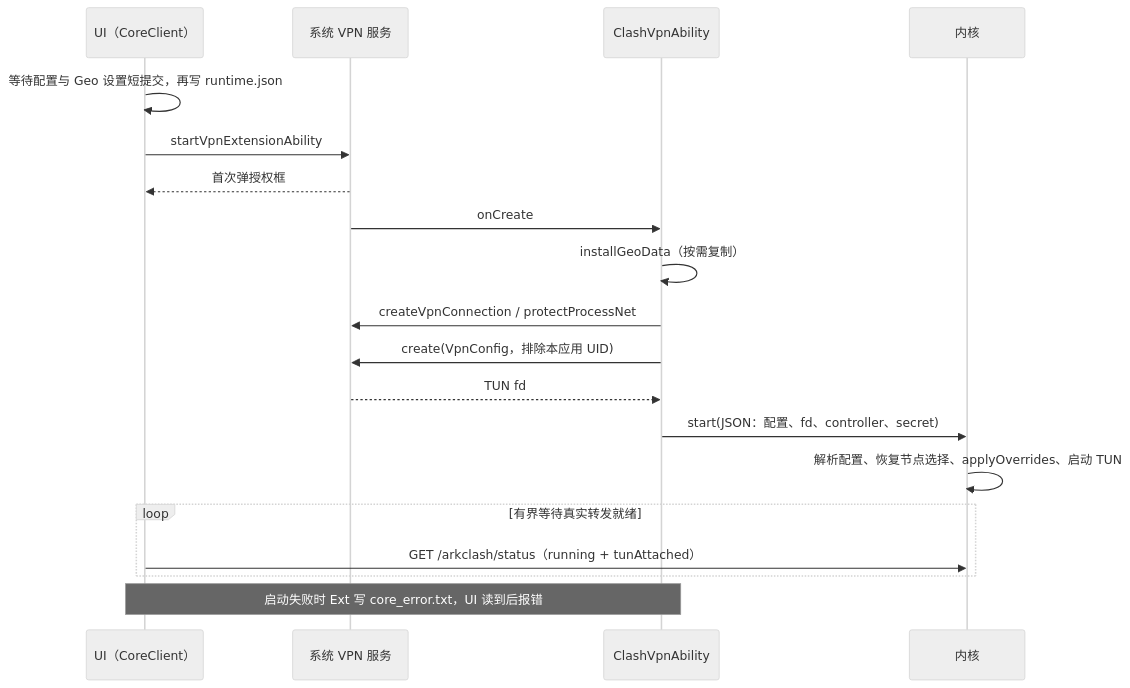
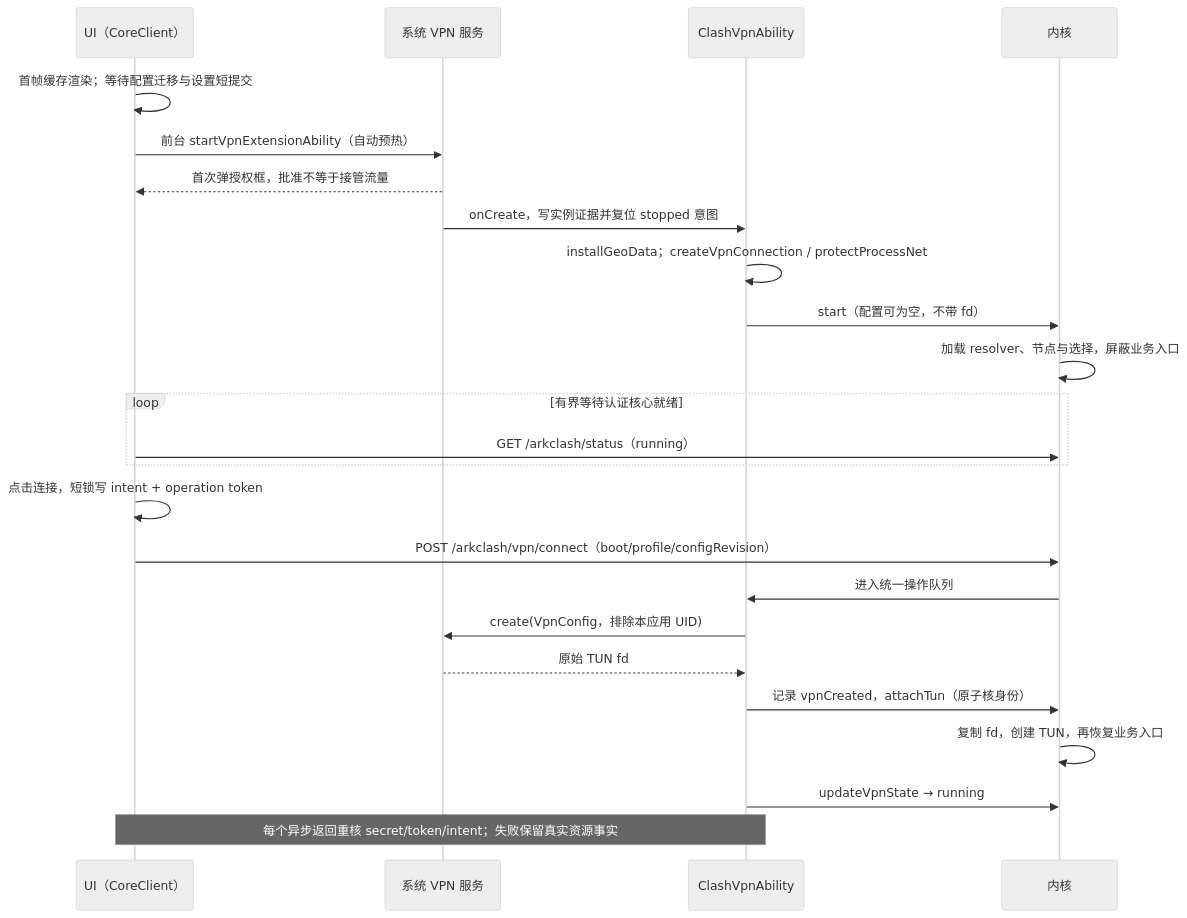
The second of 2 diagrams in docs/architecture.md (VOD-Studio/ArkClash), drawn with Mermaid (neutral theme) before and after one commit. The commit also changed other lines of this file and 59 other files, not shown here.

Commit message:
feat: prewarm core independently of VPN forwarding

````diff
--- a/docs/architecture.md
+++ b/docs/architecture.md
@@ -38,21 +38,26 @@
 ```mermaid
 sequenceDiagram
   participant UI as UI（CoreClient）
   participant Sys as 系统 VPN 服务
   participant Ext as ClashVpnAbility
   participant Core as 内核
-  UI->>UI: 等待配置与 Geo 设置短提交，再写 runtime.json
-  UI->>Sys: startVpnExtensionAbility
-  Sys-->>UI: 首次弹授权框
-  Sys->>Ext: onCreate
-  Ext->>Ext: installGeoData（按需复制）
-  Ext->>Sys: createVpnConnection / protectProcessNet
+  UI->>UI: 首帧缓存渲染；等待配置迁移与设置短提交
+  UI->>Sys: 前台 startVpnExtensionAbility（自动预热）
+  Sys-->>UI: 首次弹授权框，批准不等于接管流量
+  Sys->>Ext: onCreate，写实例证据并复位 stopped 意图
+  Ext->>Ext: installGeoData；createVpnConnection / protectProcessNet
+  Ext->>Core: start（配置可为空，不带 fd）
+  Core->>Core: 加载 resolver、节点与选择，屏蔽业务入口
+  loop 有界等待认证核心就绪
+    UI->>Core: GET /arkclash/status（running）
+  end
+  UI->>UI: 点击连接，短锁写 intent + operation token
+  UI->>Core: POST /arkclash/vpn/connect（boot/profile/configRevision）
+  Core->>Ext: 进入统一操作队列
   Ext->>Sys: create(VpnConfig，排除本应用 UID)
-  Sys-->>Ext: TUN fd
-  Ext->>Core: start(JSON：配置、fd、controller、secret)
-  Core->>Core: 解析配置、恢复节点选择、applyOverrides、启动 TUN
-  loop 有界等待真实转发就绪
-    UI->>Core: GET /arkclash/status（running + tunAttached）
-  end
-  Note over Ext,UI: 启动失败时 Ext 写 core_error.txt，UI 读到后报错
+  Sys-->>Ext: 原始 TUN fd
+  Ext->>Core: 记录 vpnCreated，attachTun（原子核身份）
+  Core->>Core: 复制 fd，创建 TUN，再恢复业务入口
+  Ext->>Core: updateVpnState → running
+  Note over Ext,UI: 每个异步返回重核 secret/token/intent；失败保留真实资源事实
 ```
````
